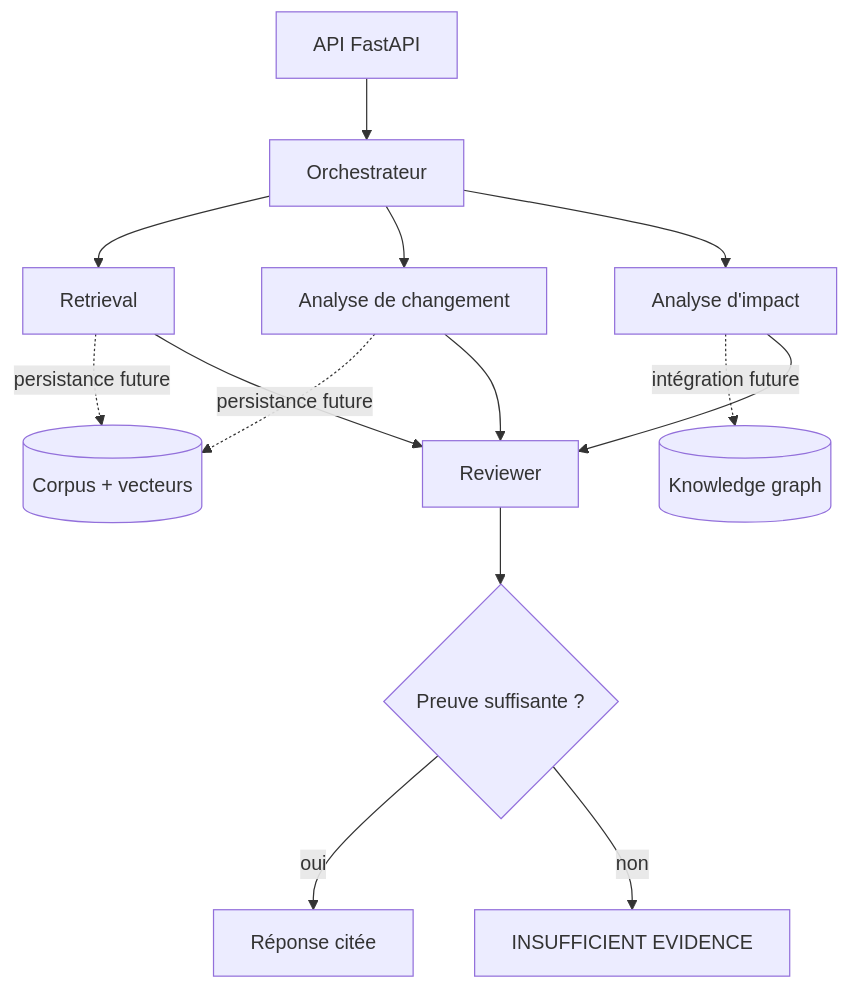
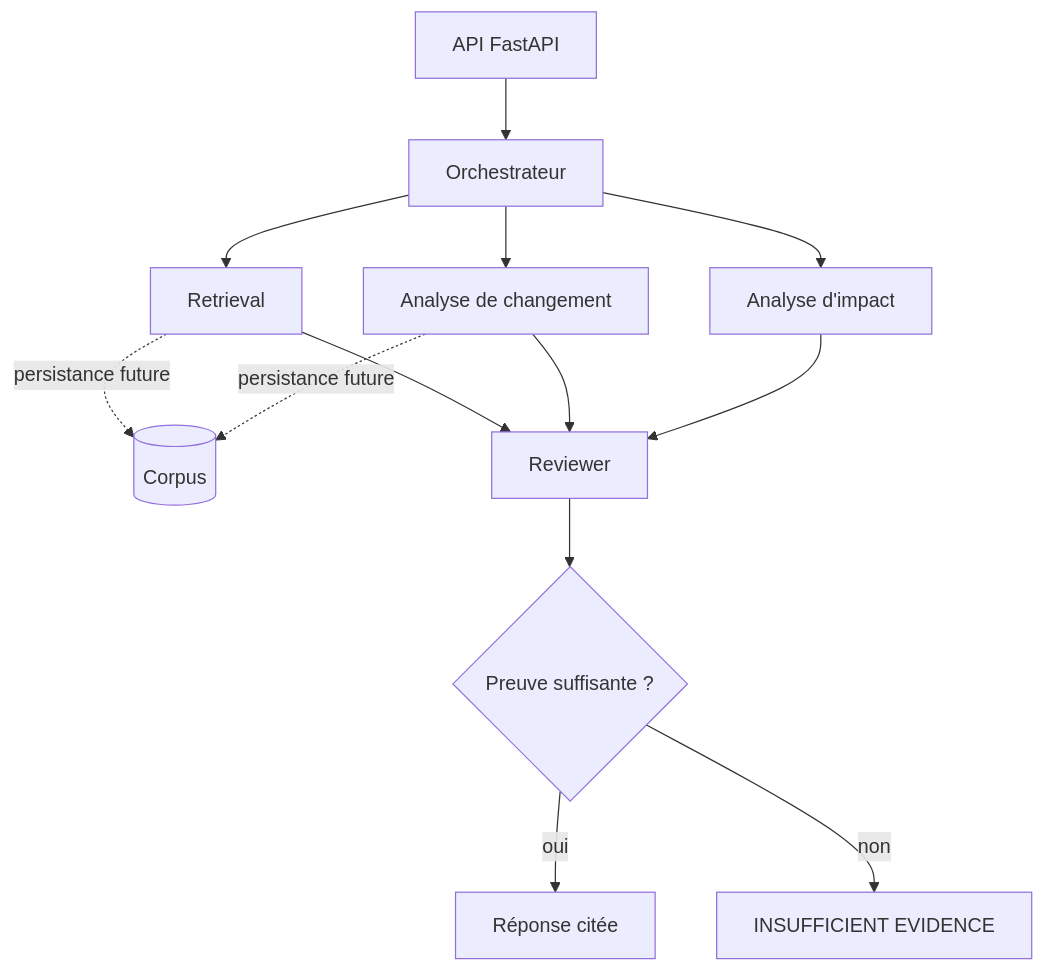
Before and after one commit to RaaaayN/bnp-regulation: the second of 3 diagrams in docs/architecture.md, drawn with Mermaid. The commit also changed other lines of this file and 22 other files, not shown here.

````diff
--- a/docs/architecture.md
+++ b/docs/architecture.md
@@ -40,16 +39,15 @@
 ```mermaid
 flowchart TB
     HTTP[API FastAPI] --> Orchestrator[Orchestrateur]
     Orchestrator --> Retrieval[Retrieval]
     Orchestrator --> Change[Analyse de changement]
     Orchestrator --> Impact[Analyse d'impact]
-    Retrieval -. persistance future .-> PG[(Corpus + vecteurs)]
+    Retrieval -. persistance future .-> PG[(Corpus)]
     Change -. persistance future .-> PG
-    Impact -. intégration future .-> KG[(Knowledge graph)]
     Retrieval --> Reviewer[Reviewer]
     Change --> Reviewer
     Impact --> Reviewer
     Reviewer --> Guard{Preuve suffisante ?}
     Guard -->|oui| Answer[Réponse citée]
     Guard -->|non| Refusal[INSUFFICIENT EVIDENCE]
 ```
````
